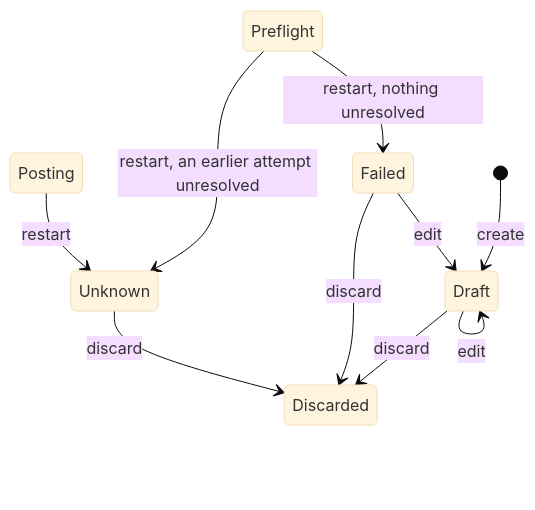
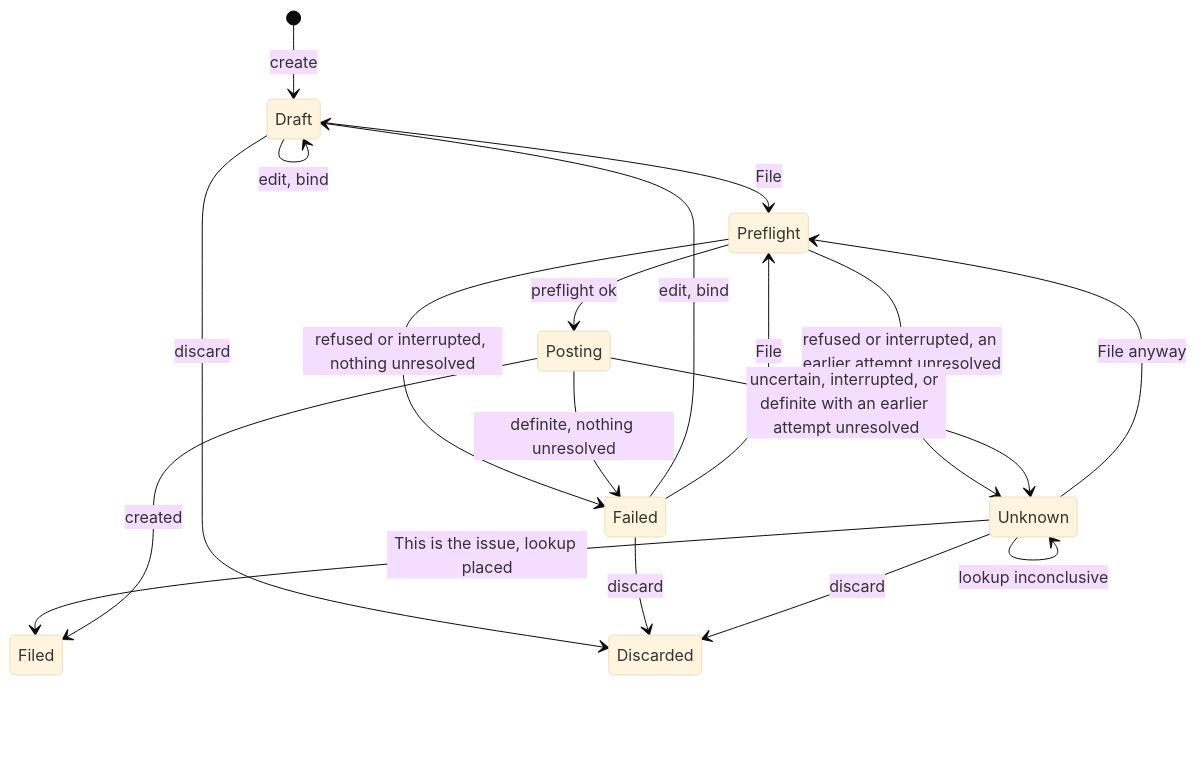
Before and after one commit to labcoder/capsula: the diagram in docs/development/issues.md, drawn with Mermaid (base theme). The commit also changed other lines of this file and 9 other files, not shown here.

````diff
--- a/docs/development/issues.md
+++ b/docs/development/issues.md
@@ -30,12 +28,20 @@
 ```mermaid
 stateDiagram-v2
   [*] --> Draft: create
-  Draft --> Draft: edit
-  Failed --> Draft: edit
+  Draft --> Draft: edit, bind
+  Failed --> Draft: edit, bind
+  Draft --> Preflight: File
+  Failed --> Preflight: File
+  Unknown --> Preflight: File anyway
+  Unknown --> Filed: This is the issue, lookup placed
+  Unknown --> Unknown: lookup inconclusive
+  Preflight --> Posting: preflight ok
+  Preflight --> Failed: refused or interrupted, nothing unresolved
+  Preflight --> Unknown: refused or interrupted, an earlier attempt unresolved
+  Posting --> Filed: created
+  Posting --> Failed: definite, nothing unresolved
+  Posting --> Unknown: uncertain, interrupted, or definite with an earlier attempt unresolved
   Draft --> Discarded: discard
   Failed --> Discarded: discard
   Unknown --> Discarded: discard
-  Preflight --> Failed: restart, nothing unresolved
-  Preflight --> Unknown: restart, an earlier attempt unresolved
-  Posting --> Unknown: restart
 ```
````
